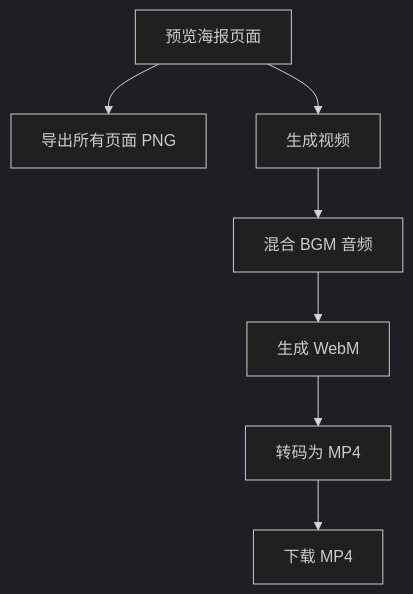
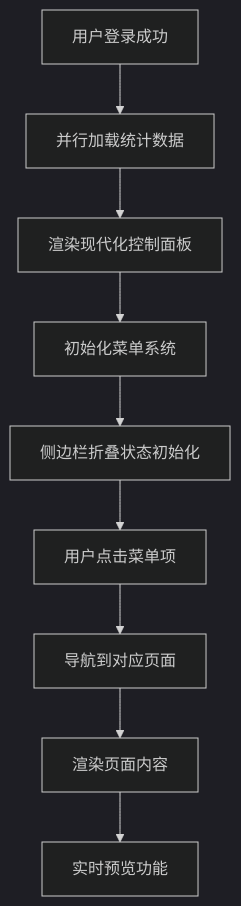
Before and after one commit to hx631580609-web/zsts-cms: the third of 7 diagrams in .qoder/repowiki/zh/content/管理后台系统/界面架构设计.md, drawn with Mermaid (dark theme). The commit also changed other lines of this file and 11 other files, not shown here.

````diff
--- a/.qoder/repowiki/zh/content/管理后台系统/界面架构设计.md
+++ b/.qoder/repowiki/zh/content/管理后台系统/界面架构设计.md
@@ -203,9 +182,11 @@
 ```mermaid
 flowchart TD
-PREVIEW["预览海报页面"] --> EXPORTPNG["导出所有页面 PNG"]
-PREVIEW --> GENVIDEO["生成视频"]
-GENVIDEO --> BGMMIX["混合 BGM 音频"]
-BGMMIX --> WEBM["生成 WebM"]
-WEBM --> MP4["转码为 MP4"]
-MP4 --> DOWNLOAD["下载 MP4"]
+START["用户登录成功"] --> LOADSTATS["并行加载统计数据"]
+LOADSTATS --> RENDER["渲染现代化控制面板"]
+RENDER --> INITMENU["初始化菜单系统"]
+INITMENU --> COLLAPSE["侧边栏折叠状态初始化"]
+COLLAPSE --> CLICK["用户点击菜单项"]
+CLICK --> NAVIGATE["导航到对应页面"]
+NAVIGATE --> RENDERCONTENT["渲染页面内容"]
+RENDERCONTENT --> LIVEPREVIEW["实时预览功能"]
 ```
````
